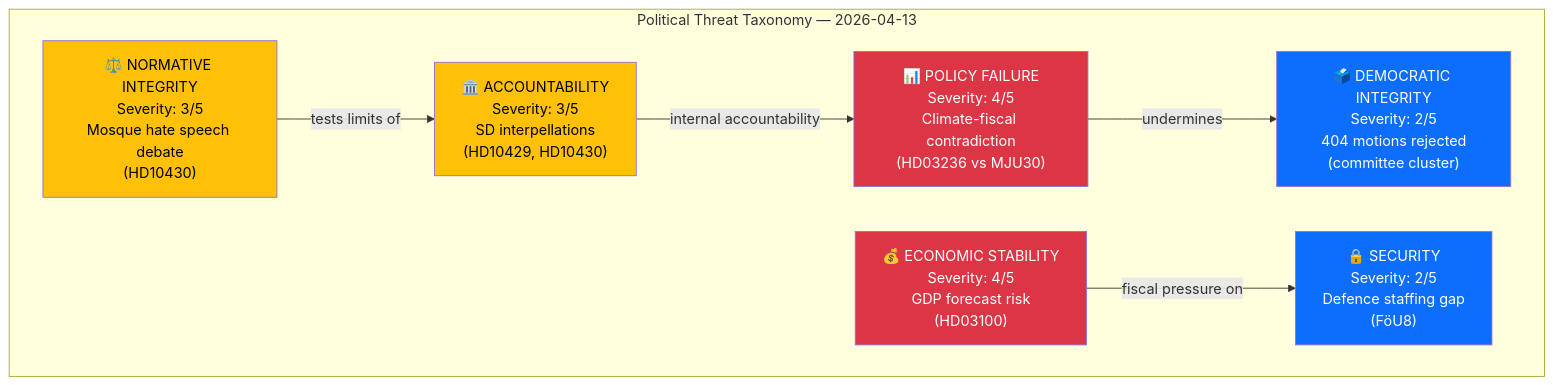
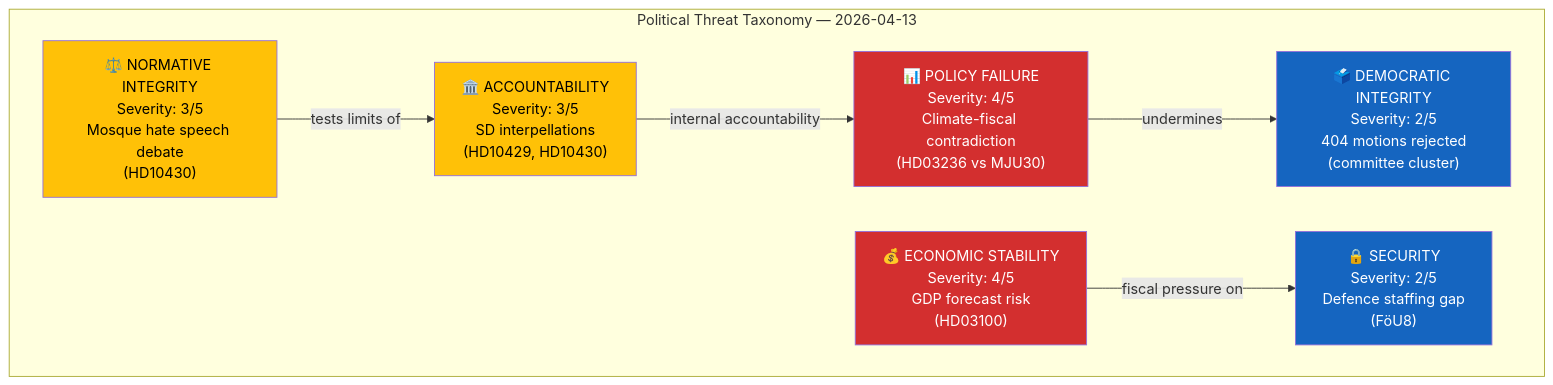
One commit to Hack23/riksdagsmonitor changed the first of 2 diagrams in analysis/daily/2026-04-13/evening-analysis/threat-analysis.md. Above: the diagram before and after it, drawn with Mermaid. The commit also changed other lines of this file and 785 other files, not shown here.

First line of the commit message:
Normalize mermaid colors across 786 analysis artifacts to ISMS Style Guide palette

````diff
--- a/analysis/daily/2026-04-13/evening-analysis/threat-analysis.md
+++ b/analysis/daily/2026-04-13/evening-analysis/threat-analysis.md
@@ -16,22 +16,22 @@
 ```mermaid
 graph TD
     subgraph "Political Threat Taxonomy — 2026-04-13"
         AC["🏛️ ACCOUNTABILITY<br/>Severity: 3/5<br/>SD interpellations<br/>(HD10429, HD10430)"]
         PF["📊 POLICY FAILURE<br/>Severity: 4/5<br/>Climate-fiscal contradiction<br/>(HD03236 vs MJU30)"]
         DI["🗳️ DEMOCRATIC INTEGRITY<br/>Severity: 2/5<br/>404 motions rejected<br/>(committee cluster)"]
         ES["💰 ECONOMIC STABILITY<br/>Severity: 4/5<br/>GDP forecast risk<br/>(HD03100)"]
         SC["🔒 SECURITY<br/>Severity: 2/5<br/>Defence staffing gap<br/>(FöU8)"]
         NI["⚖️ NORMATIVE INTEGRITY<br/>Severity: 3/5<br/>Mosque hate speech debate<br/>(HD10430)"]
     end
     AC -->|"internal accountability"| PF
     PF -->|"undermines"| DI
     ES -->|"fiscal pressure on"| SC
     NI -->|"tests limits of"| AC
     
-    style AC fill:#ffc107,color:#000
-    style PF fill:#dc3545,color:#fff
-    style DI fill:#0d6efd,color:#fff
-    style ES fill:#dc3545,color:#fff
-    style SC fill:#0d6efd,color:#fff
-    style NI fill:#ffc107,color:#000
+    style AC fill:#FFC107,color:#000000
+    style PF fill:#D32F2F,color:#FFFFFF
+    style DI fill:#1565C0,color:#FFFFFF
+    style ES fill:#D32F2F,color:#FFFFFF
+    style SC fill:#1565C0,color:#FFFFFF
+    style NI fill:#FFC107,color:#000000
 ```
````
